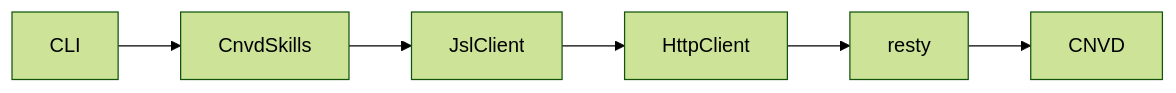
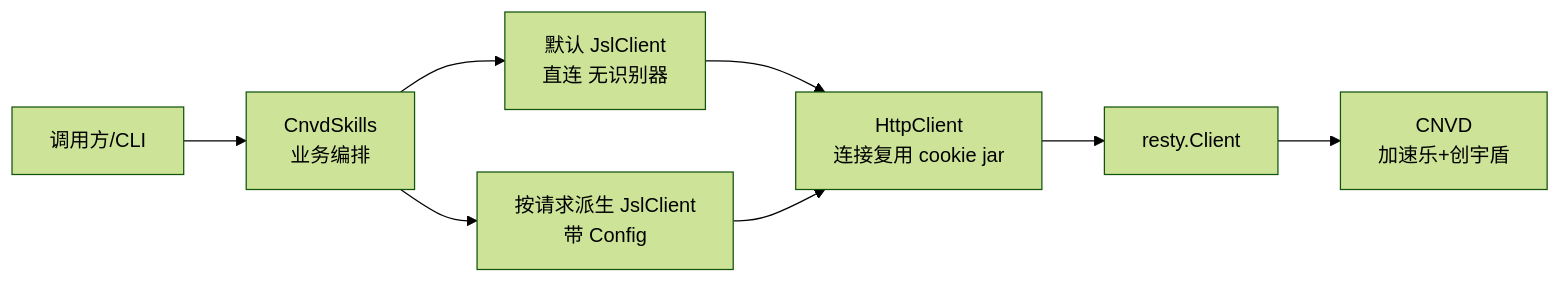
Before and after one commit to scagogogo/cnvd-skills: the first of 2 diagrams in website/docs/architecture/overview.md, drawn with Mermaid (forest theme). The commit also changed other lines of this file and 12 other files, not shown here.

Commit message:
docs(website): fill 12 architecture pages with 24+ mermaid diagrams

````diff
--- a/website/docs/architecture/overview.md
+++ b/website/docs/architecture/overview.md
@@ -13,8 +13,17 @@
 ```mermaid
 graph LR
+    CLI["调用方/CLI"]
+    CnvdSkills["CnvdSkills<br/>业务编排"]
+    DefaultJsl["默认 JslClient<br/>直连 无识别器"]
+    DerivedJsl["按请求派生 JslClient<br/>带 Config"]
+    HttpClient["HttpClient<br/>连接复用 cookie jar"]
+    resty["resty.Client"]
+    CNVD["CNVD<br/>加速乐+创宇盾"]
     CLI --> CnvdSkills
-    CnvdSkills --> JslClient
-    JslClient --> HttpClient
+    CnvdSkills --> DefaultJsl
+    CnvdSkills --> DerivedJsl
+    DefaultJsl --> HttpClient
+    DerivedJsl --> HttpClient
     HttpClient --> resty
     resty --> CNVD
 ```
````
